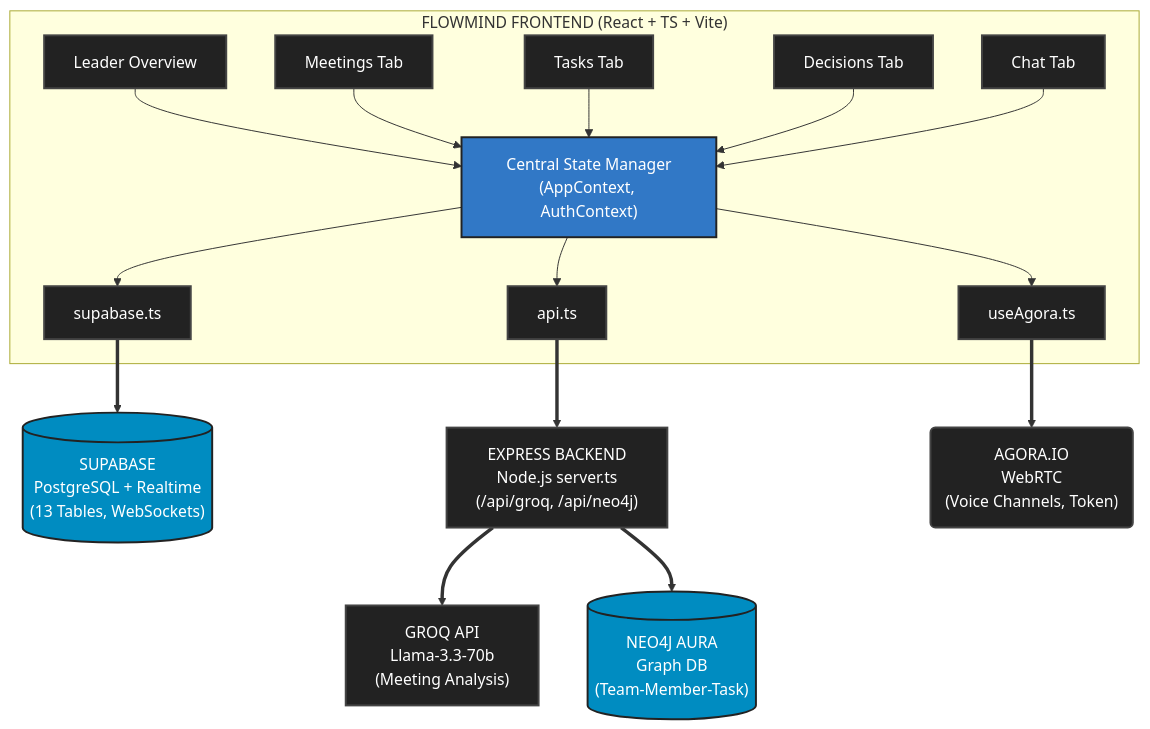
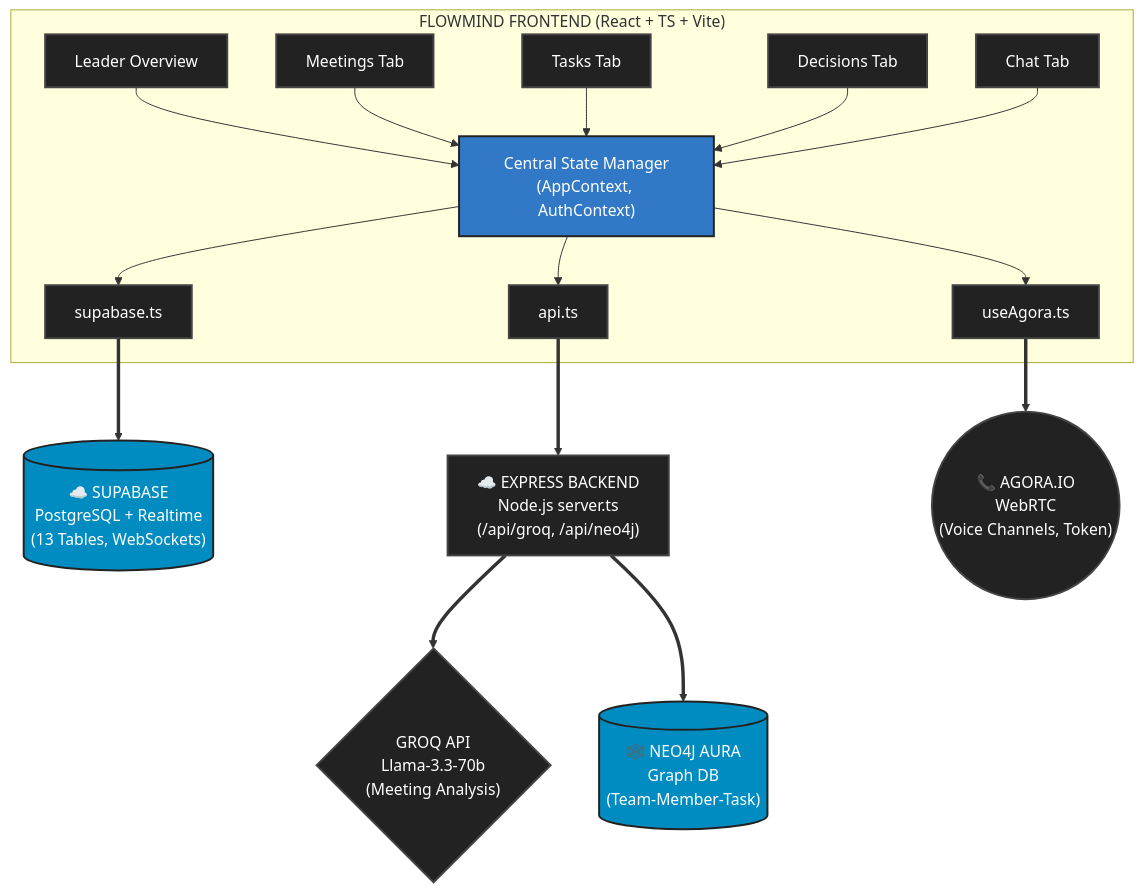
Before and after one commit to piyushyenorkar/FlowMind: the diagram in README.md, drawn with Mermaid. The commit also changed other lines of this file, not shown here.

````diff
--- a/README.md
+++ b/README.md
@@ -53,38 +52,38 @@
 ```mermaid
 flowchart TD
     %% Dark Theme Colors
     classDef box fill:#222,stroke:#444,stroke-width:2px,color:#fff;
     classDef accent fill:#3178C6,stroke:#222,stroke-width:2px,color:#fff;
     classDef db fill:#008CC1,stroke:#222,stroke-width:2px,color:#fff;
     
     subgraph Frontend ["FLOWMIND FRONTEND (React + TS + Vite)"]
         L["Leader Overview"]:::box
         M["Meetings Tab"]:::box
         T["Tasks Tab"]:::box
         D["Decisions Tab"]:::box
         C["Chat Tab"]:::box
         
         State["Central State Manager\n(AppContext, AuthContext)"]:::accent
         
         S_cli["supabase.ts"]:::box
         A_cli["api.ts"]:::box
         U_cli["useAgora.ts"]:::box
         
         L & M & T & D & C --> State
         State --> S_cli & A_cli & U_cli
     end
 
-    Supa[("SUPABASE\nPostgreSQL + Realtime\n(13 Tables, WebSockets)")]:::db
-    Exp["EXPRESS BACKEND\nNode.js server.ts\n(/api/groq, /api/neo4j)"]:::box
-    Agora("AGORA.IO\nWebRTC\n(Voice Channels, Token)"):::box
+    Supa[("☁️ SUPABASE\nPostgreSQL + Realtime\n(13 Tables, WebSockets)")]:::db
+    Exp["☁️ EXPRESS BACKEND\nNode.js server.ts\n(/api/groq, /api/neo4j)"]:::box
+    Agora(("📞 AGORA.IO\nWebRTC\n(Voice Channels, Token)")):::box
 
     S_cli ==> Supa
     A_cli ==> Exp
     U_cli ==> Agora
 
-    Groq["GROQ API\nLlama-3.3-70b\n(Meeting Analysis)"]:::box
-    Neo4j[("NEO4J AURA\nGraph DB\n(Team-Member-Task)")]:::db
+    Groq{"GROQ API\nLlama-3.3-70b\n(Meeting Analysis)"}:::box
+    Neo4j[("🕸️ NEO4J AURA\nGraph DB\n(Team-Member-Task)")]:::db
 
     Exp ==> Groq
     Exp ==> Neo4j
 ```
````
